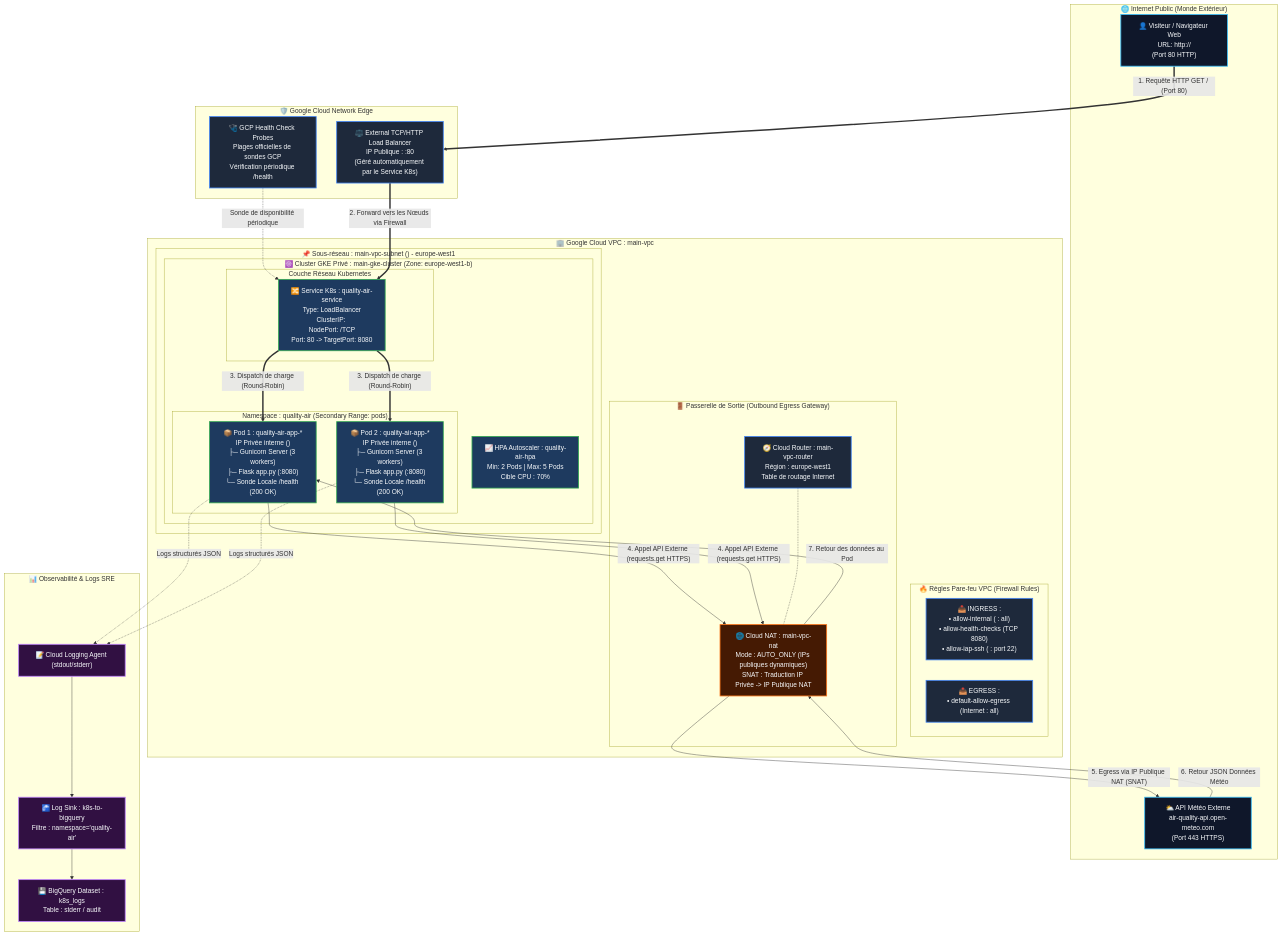
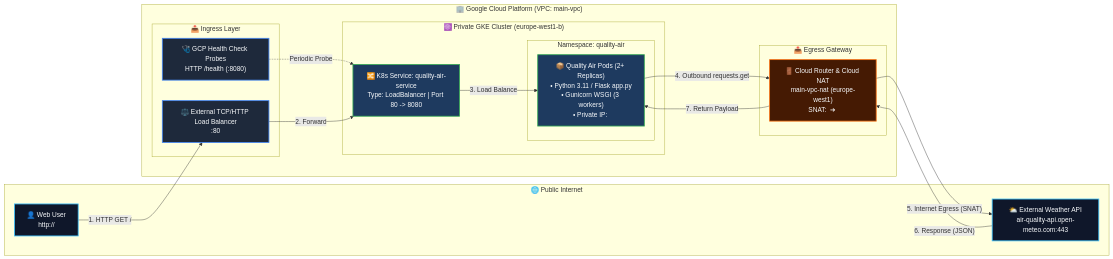
Before and after one commit to benjixxx/gcp-revision: the diagram in ArchiQualityAirArchi.md, drawn with Mermaid. The commit also changed other lines of this file, not shown here.

Commit message:
update archi quality air

````diff
--- a/ArchiQualityAirArchi.md
+++ b/ArchiQualityAirArchi.md
@@ -9,103 +9,48 @@
 ```mermaid
-flowchart TD
-    %% ==========================================
-    %% INTERNET PUBLIC
-    %% ==========================================
-    subgraph PUBLIC_INTERNET["🌐 Internet Public (Monde Extérieur)"]
-        Client["👤 Visiteur / Navigateur Web\nURL: http://<EXTERNAL_LB_IP>\n(Port 80 HTTP)"]
-        OpenMeteo["⛅ API Météo Externe\nair-quality-api.open-meteo.com\n(Port 443 HTTPS)"]
+flowchart LR
+    subgraph EXT["🌐 Public Internet"]
+        Client["👤 Web User\nhttp://<EXTERNAL_LB_IP>"]
+        OpenMeteo["⛅ External Weather API\nair-quality-api.open-meteo.com:443"]
     end
 
-    %% ==========================================
-    %% GCP EDGE & LOAD BALANCING
-    %% ==========================================
-    subgraph GCP_EDGE["🛡️ Google Cloud Network Edge"]
-        LB["⚖️ External TCP/HTTP Load Balancer\nIP Publique : <EXTERNAL_LB_IP>:80\n(Géré automatiquement par le Service K8s)"]
-        HC["🩺 GCP Health Check Probes\nPlages officielles de sondes GCP\nVérification périodique /health"]
-    end
-
-    %% ==========================================
-    %% GCP CUSTOM VPC
-    %% ==========================================
-    subgraph VPC["🏢 Google Cloud VPC : main-vpc"]
-        
-        %% Firewall Layer
-        subgraph FIREWALL["🔥 Règles Pare-feu VPC (Firewall Rules)"]
-            FW_In["📥 INGRESS :\n• allow-internal (<SUBNET_CIDR> : all)\n• allow-health-checks (TCP 8080)\n• allow-iap-ssh (<GCP_IAP_CIDR> : port 22)"]
-            FW_Out["📤 EGRESS :\n• default-allow-egress (Internet : all)"]
+    subgraph GCP["🏢 Google Cloud Platform (VPC: main-vpc)"]
+        subgraph INGRESS["📥 Ingress Layer"]
+            LB["⚖️ External TCP/HTTP Load Balancer\n<EXTERNAL_LB_IP>:80"]
+            HC["🩺 GCP Health Check Probes\nHTTP /health (:8080)"]
         end
 
-        %% Subnetwork & GKE Private Cluster
-        subgraph SUBNET["📌 Sous-réseau : main-vpc-subnet (<SUBNET_CIDR>) - europe-west1"]
-            
-            subgraph GKE["☸️ Cluster GKE Privé : main-gke-cluster (Zone: europe-west1-b)"]
-                
-                subgraph K8S_NET["Couche Réseau Kubernetes"]
-                    Svc["🔀 Service K8s : quality-air-service\nType: LoadBalancer\nClusterIP: <CLUSTER_IP>\nNodePort: <NODE_PORT>/TCP\nPort: 80 -> TargetPort: 8080"]
-                end
-
-                subgraph PODS["Namespace : quality-air (Secondary Range: pods)"]
-                    Pod1["📦 Pod 1 : quality-air-app-*\nIP Privée interne (<POD_IP>)\n├─ Gunicorn Server (3 workers)\n├─ Flask app.py (:8080)\n└─ Sonde Locale /health (200 OK)"]
-                    Pod2["📦 Pod 2 : quality-air-app-*\nIP Privée interne (<POD_IP>)\n├─ Gunicorn Server (3 workers)\n├─ Flask app.py (:8080)\n└─ Sonde Locale /health (200 OK)"]
-                end
-
-                HPA["📈 HPA Autoscaler : quality-air-hpa\nMin: 2 Pods | Max: 5 Pods\nCible CPU : 70%"]
+        subgraph GKE["☸️ Private GKE Cluster (europe-west1-b)"]
+            Svc["🔀 K8s Service: quality-air-service\nType: LoadBalancer | Port 80 -> 8080"]
+            subgraph PODS["Namespace: quality-air"]
+                Pod["📦 Quality Air Pods (2+ Replicas)\n• Python 3.11 / Flask app.py\n• Gunicorn WSGI (3 workers)\n• Private IP: <POD_IP>"]
             end
         end
 
-        %% Egress Gateway
-        subgraph EGRESS_GW["🚪 Passerelle de Sortie (Outbound Egress Gateway)"]
-            Router["🧭 Cloud Router : main-vpc-router\nRégion : europe-west1\nTable de routage Internet"]
-            NAT["🌐 Cloud NAT : main-vpc-nat\nMode : AUTO_ONLY (IPs publiques dynamiques)\nSNAT : Traduction IP Privée -> IP Publique NAT"]
+        subgraph EGRESS["📤 Egress Gateway"]
+            NAT["🚪 Cloud Router & Cloud NAT\nmain-vpc-nat (europe-west1)\nSNAT: <POD_IP> ➔ <NAT_PUBLIC_IP>"]
         end
     end
 
-    %% ==========================================
-    %% OBSERVABILITÉ & SRE
-    %% ==========================================
-    subgraph OBS["📊 Observabilité & Logs SRE"]
-        LogsAgent["📝 Cloud Logging Agent (stdout/stderr)"]
-        Sink["🚰 Log Sink : k8s-to-bigquery\nFiltre : namespace='quality-air'"]
-        BQ["💾 BigQuery Dataset : k8s_logs\nTable : stderr / audit"]
-    end
+    %% Ingress Flow (User to Pod)
+    Client -->|"1. HTTP GET /"| LB
+    HC -.->|"Periodic Probe"| Svc
+    LB -->|"2. Forward"| Svc
+    Svc -->|"3. Load Balance"| Pod
 
-    %% ==========================================
-    %% LIAISONS & FLUX (Ingress / Egress / Logs)
-    %% ==========================================
-    
-    %% Flux Entrant (Ingress)
-    Client ==>|"1. Requête HTTP GET / (Port 80)"| LB
-    HC -.->|"Sonde de disponibilité périodique"| Svc
-    LB ==>|"2. Forward vers les Nœuds via Firewall"| Svc
-    Svc ==>|"3. Dispatch de charge (Round-Robin)"| Pod1
-    Svc ==>|"3. Dispatch de charge (Round-Robin)"| Pod2
+    %% Egress Flow (Pod to External API)
+    Pod -->|"4. Outbound requests.get"| NAT
+    NAT -->|"5. Internet Egress (SNAT)"| OpenMeteo
+    OpenMeteo -->|"6. Response (JSON)"| NAT
+    NAT -->|"7. Return Payload"| Pod
 
-    %% Flux Sortant (Egress)
-    Pod1 -->|"4. Appel API Externe (requests.get HTTPS)"| NAT
-    Pod2 -->|"4. Appel API Externe (requests.get HTTPS)"| NAT
-    Router -.- NAT
-    NAT -->|"5. Egress via IP Publique NAT (SNAT)"| OpenMeteo
-    OpenMeteo -->|"6. Retour JSON Données Météo"| NAT
-    NAT -->|"7. Retour des données au Pod"| Pod1
-
-    %% Flux Observabilité
-    Pod1 -.->|"Logs structurés JSON"| LogsAgent
-    Pod2 -.->|"Logs structurés JSON"| LogsAgent
-    LogsAgent --> Sink
-    Sink --> BQ
-
-    %% ==========================================
-    %% STYLES
-    %% ==========================================
-    classDef internet fill:#0f172a,stroke:#38bdf8,stroke-width:2px,color:#f8fafc;
-    classDef gcp fill:#1e293b,stroke:#4285f4,stroke-width:2px,color:#f8fafc;
+    %% Styling
+    classDef ext fill:#0f172a,stroke:#38bdf8,stroke-width:2px,color:#f8fafc;
+    classDef edge fill:#1e293b,stroke:#4285f4,stroke-width:2px,color:#f8fafc;
     classDef k8s fill:#1e3a5f,stroke:#34a853,stroke-width:2px,color:#f8fafc;
     classDef nat fill:#451a03,stroke:#f97316,stroke-width:2px,color:#f8fafc;
-    classDef obs fill:#311042,stroke:#c084fc,stroke-width:2px,color:#f8fafc;
     
-    class Client,OpenMeteo internet;
-    class LB,HC,Router,FW_In,FW_Out gcp;
-    class Svc,Pod1,Pod2,HPA k8s;
+    class Client,OpenMeteo ext;
+    class LB,HC edge;
+    class Svc,Pod k8s;
     class NAT nat;
-    class LogsAgent,Sink,BQ obs;
 ```
````
